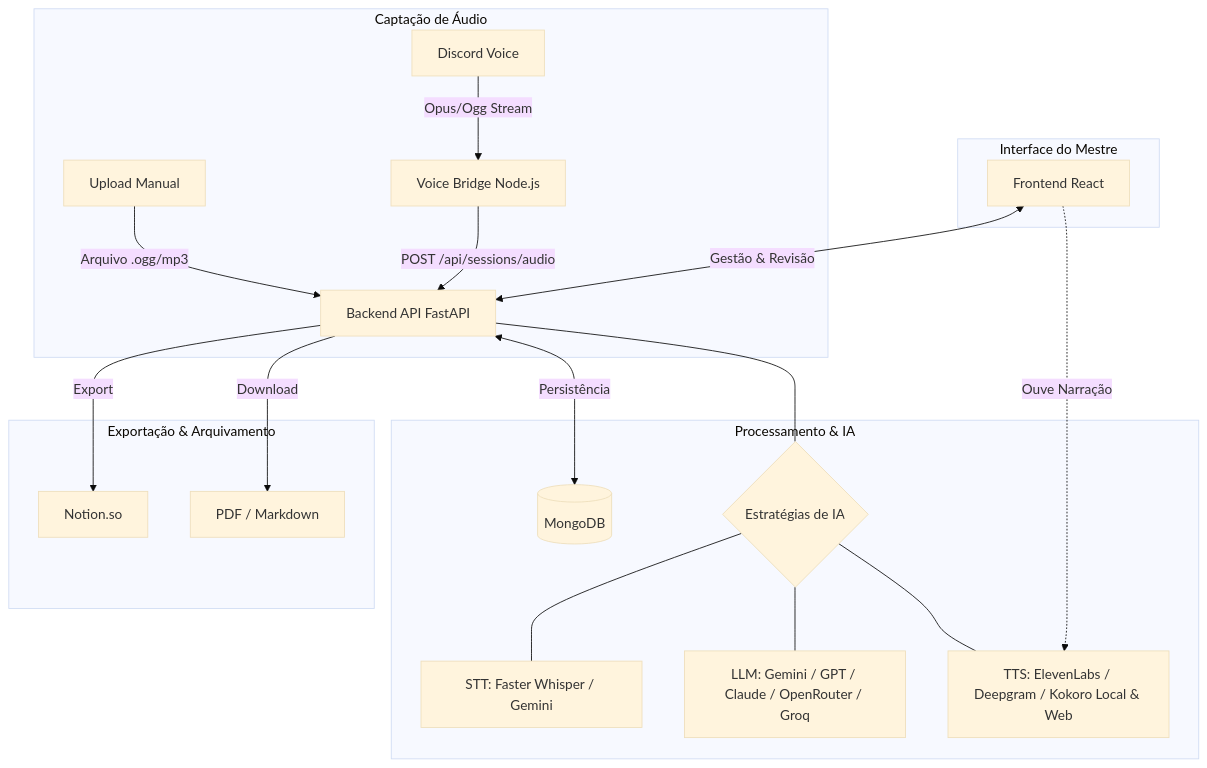
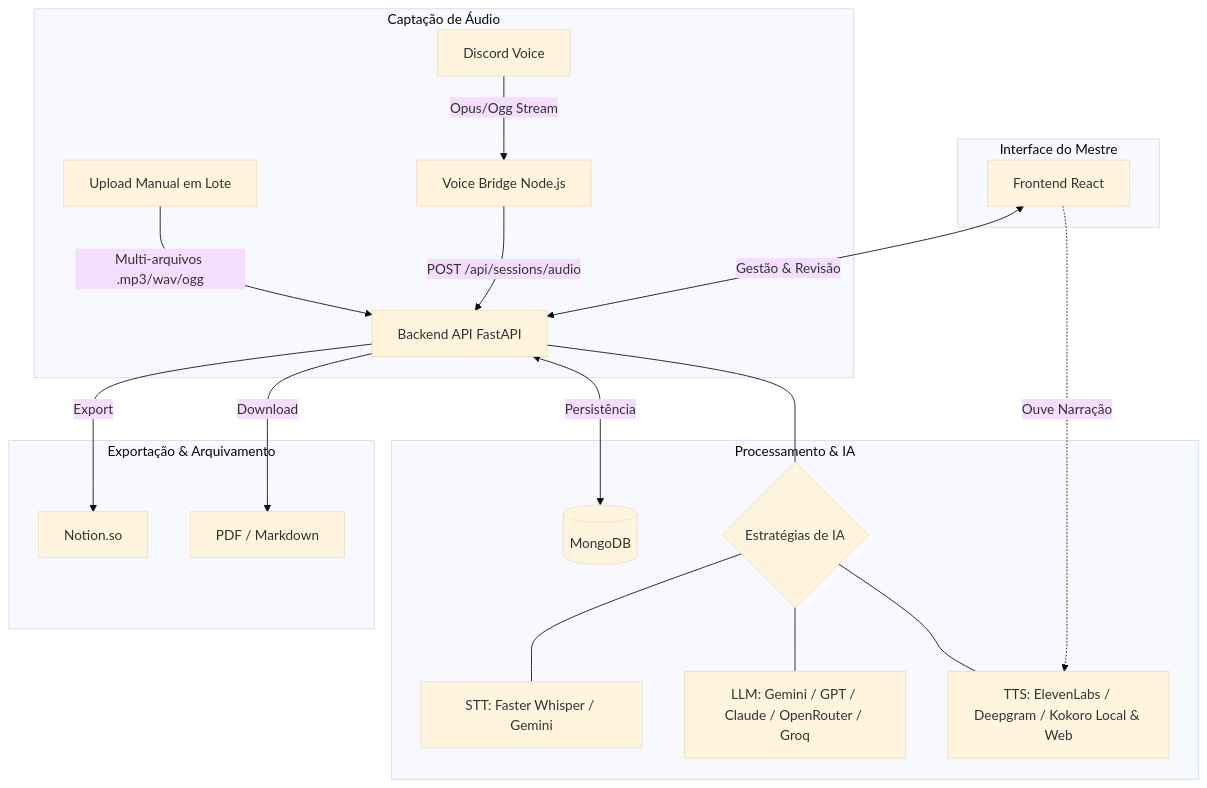
The diagram in README.md (mukasc/EchoBot), drawn with Mermaid (base theme) before and after one commit. The commit also changed other lines of this file, not shown here.

````diff
--- a/README.md
+++ b/README.md
@@ -35,40 +35,40 @@
 ```mermaid
 graph TD
     subgraph "Captação de Áudio"
         A[Discord Voice] -->|Opus/Ogg Stream| B[Voice Bridge Node.js]
-        A1[Upload Manual] -->|Arquivo .ogg/mp3| C
+        A1[Upload Manual em Lote] -->|Multi-arquivos .mp3/wav/ogg| C
     end
 
     subgraph "Processamento & IA"
         C[Backend API FastAPI]
         D[(MongoDB)]
         E{Estratégias de IA}
         
         E1[STT: Faster Whisper / Gemini]
         E2[LLM: Gemini / GPT / Claude / OpenRouter / Groq]
         E3[TTS: ElevenLabs / Deepgram / Kokoro Local & Web]
     end
 
     subgraph "Interface do Mestre"
         G[Frontend React]
     end
 
     subgraph "Exportação & Arquivamento"
         F[Notion.so]
         H[PDF / Markdown]
     end
 
     B -->|POST /api/sessions/audio| C
     C <-->|Persistência| D
     
     C --- E
     E --- E1
     E --- E2
     E --- E3
     
     C -->|Export| F
     C -->|Download| H
     
     G <-->|Gestão & Revisão| C
     G -.->|Ouve Narração| E3
 ```
````
